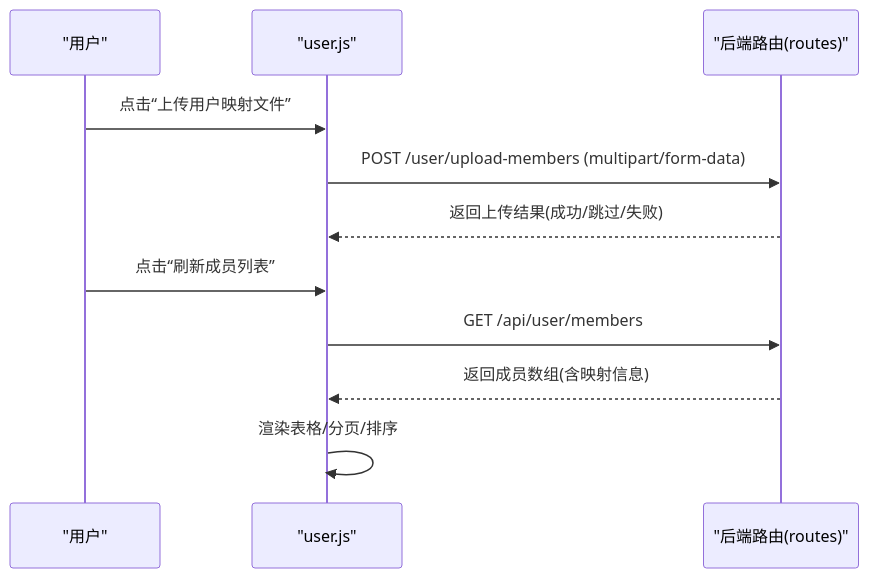
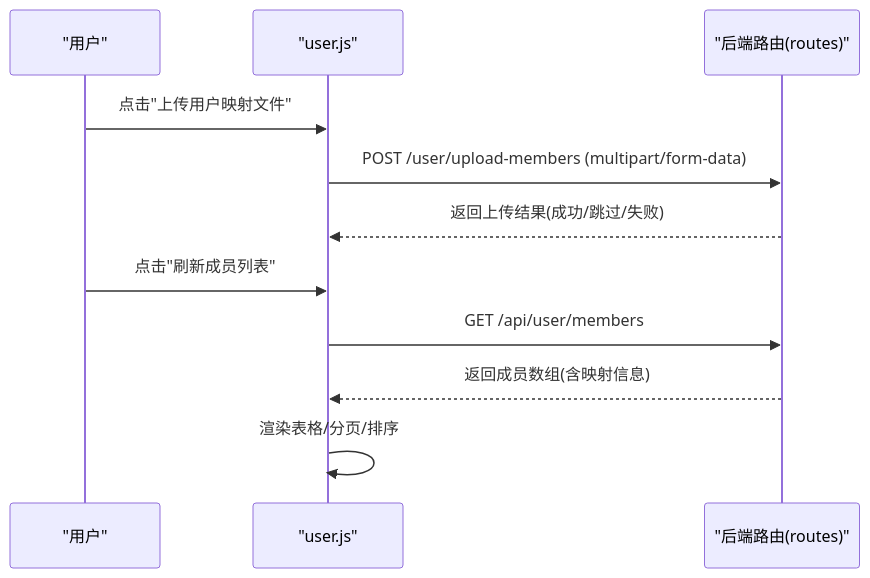
One commit to kissingwolf/CopilotEnterpriseUsageDisplay changed the seventh of 9 diagrams in .qoder/repowiki/zh/content/前端页面/前端页面.md. Above: the diagram before and after it, drawn with Mermaid. The commit also changed other lines of this file and 9 other files, not shown here.

````diff
--- a/.qoder/repowiki/zh/content/前端页面/前端页面.md
+++ b/.qoder/repowiki/zh/content/前端页面/前端页面.md
@@ -335,13 +349,13 @@
 ```mermaid
 sequenceDiagram
 participant U as "用户"
 participant M as "user.js"
 participant R as "后端路由(routes)"
-U->>M : 点击“上传用户映射文件”
+U->>M : 点击"上传用户映射文件"
 M->>R : POST /user/upload-members (multipart/form-data)
 R-->>M : 返回上传结果(成功/跳过/失败)
-U->>M : 点击“刷新成员列表”
+U->>M : 点击"刷新成员列表"
 M->>R : GET /api/user/members
 R-->>M : 返回成员数组(含映射信息)
 M->>M : 渲染表格/分页/排序
 ```
````
